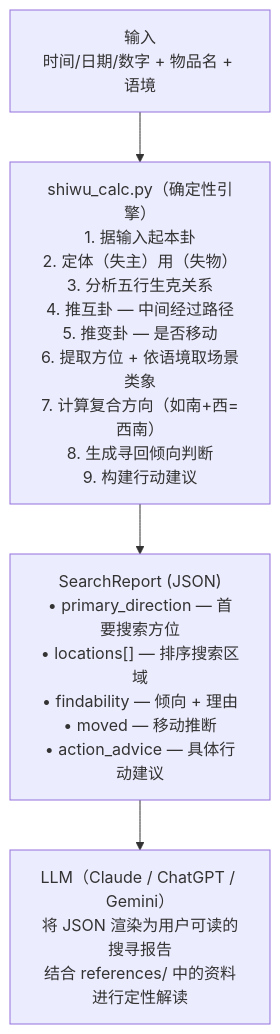
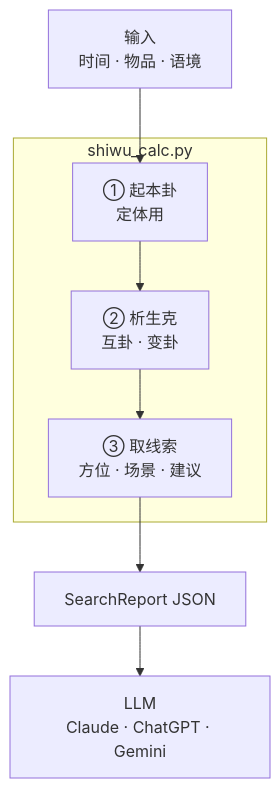
Before and after one commit to raphaelxie/dowsing: the second of 2 diagrams in README.md, drawn with Mermaid. The commit also changed other lines of this file, not shown here.

Commit message:
Improve mermaid diagrams with subgraph layout and structured engine steps

````diff
--- a/README.md
+++ b/README.md
@@ -304,9 +326,17 @@
 ```mermaid
 flowchart TD
-    input["输入<br/>时间/日期/数字 + 物品名 + 语境"]
-    calc["shiwu_calc.py（确定性引擎）<br/>1. 据输入起本卦<br/>2. 定体（失主）用（失物）<br/>3. 分析五行生克关系<br/>4. 推互卦 — 中间经过路径<br/>5. 推变卦 — 是否移动<br/>6. 提取方位 + 依语境取场景类象<br/>7. 计算复合方向（如南+西=西南）<br/>8. 生成寻回倾向判断<br/>9. 构建行动建议"]
-    report["SearchReport (JSON)<br/>• primary_direction — 首要搜索方位<br/>• locations[] — 排序搜索区域<br/>• findability — 倾向 + 理由<br/>• moved — 移动推断<br/>• action_advice — 具体行动建议"]
-    llm["LLM（Claude / ChatGPT / Gemini）<br/>将 JSON 渲染为用户可读的搜寻报告<br/>结合 references/ 中的资料进行定性解读"]
+    input["输入<br/>时间 · 物品 · 语境"]
 
-    input --> calc --> report --> llm
+    subgraph engine["shiwu_calc.py"]
+        c1["① 起本卦<br/>定体用"]
+        c2["② 析生克<br/>互卦 · 变卦"]
+        c3["③ 取线索<br/>方位 · 场景 · 建议"]
+        c1 --> c2 --> c3
+    end
+
+    report["SearchReport JSON"]
+    llm["LLM<br/>Claude · ChatGPT · Gemini"]
+
+    input --> c1
+    c3 --> report --> llm
 ```
````
